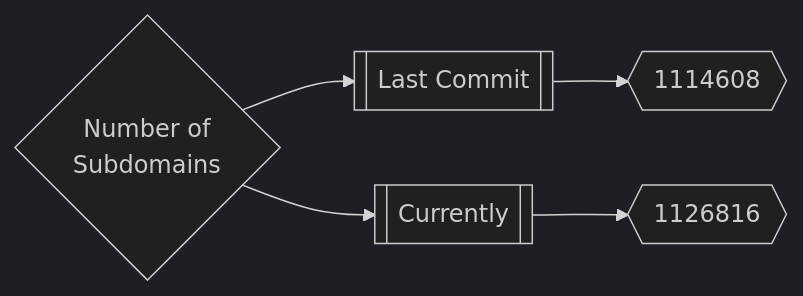
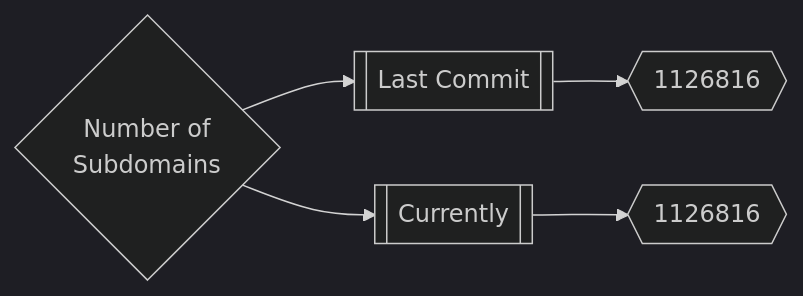
Before and after one commit to trickest/inventory: the first of 3 diagrams in README.md, drawn with Mermaid (dark theme).

Commit message:
Update Fri Apr  1 10:05:37 UTC 2022

````diff
--- a/README.md
+++ b/README.md
@@ -165,5 +165,5 @@
 ```mermaid
 graph LR
-title{Number of<br>Subdomains} --> subdomainsDate1[[Last Commit]] --> subdomainsNum1{{1114608}}
+title{Number of<br>Subdomains} --> subdomainsDate1[[Last Commit]] --> subdomainsNum1{{1126816}}
 title --> subdomainsDate2[[Currently]] --> subdomainsNum2{{1126816}}
 ```
````
